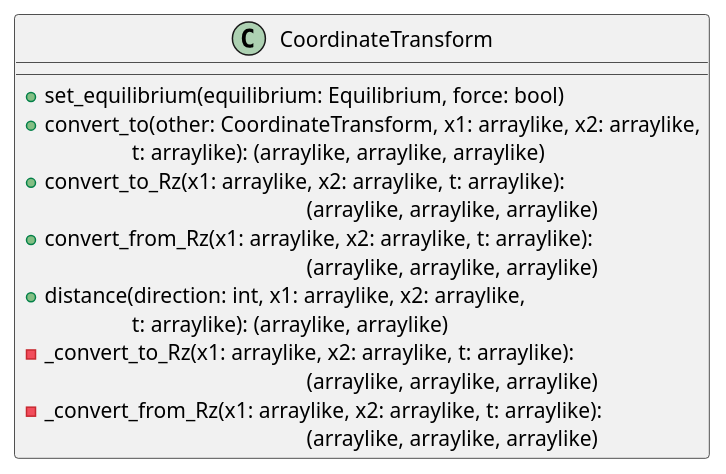
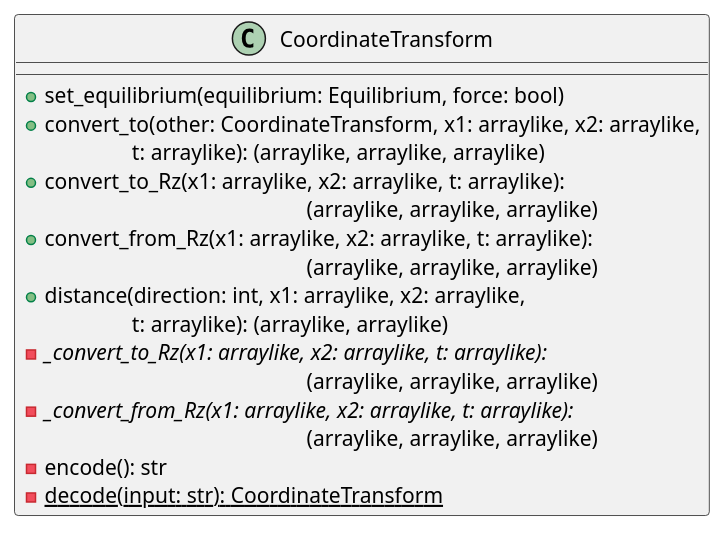
One commit to indica-mcf/Indica changed the second of 7 diagrams in doc/design.rst. Above: the diagram before and after it, drawn with PlantUML. The commit also changed other lines of this file and 6 other files, not shown here.

```diff
--- a/doc/design.rst
+++ b/doc/design.rst
@@ -214,17 +215,19 @@
 .. uml::
 
    class CoordinateTransform {
    + set_equilibrium(equilibrium: Equilibrium, force: bool)
    + convert_to(other: CoordinateTransform, x1: arraylike, x2: arraylike,
                 \t\tt: arraylike): (arraylike, arraylike, arraylike)
    + convert_to_Rz(x1: arraylike, x2: arraylike, t: arraylike):
      \t\t\t\t\t\t(arraylike, arraylike, arraylike)
    + convert_from_Rz(x1: arraylike, x2: arraylike, t: arraylike):
      \t\t\t\t\t\t(arraylike, arraylike, arraylike)
    + distance(direction: int, x1: arraylike, x2: arraylike,
               \t\tt: arraylike): (arraylike, arraylike)
-   - _convert_to_Rz(x1: arraylike, x2: arraylike, t: arraylike):
+   - {abstract} _convert_to_Rz(x1: arraylike, x2: arraylike, t: arraylike):
      \t\t\t\t\t\t(arraylike, arraylike, arraylike)
-   - _convert_from_Rz(x1: arraylike, x2: arraylike, t: arraylike):
+   - {abstract} _convert_from_Rz(x1: arraylike, x2: arraylike, t: arraylike):
      \t\t\t\t\t\t(arraylike, arraylike, arraylike)
+   - encode(): str
+   - {static} decode(input: str): CoordinateTransform
    }
```
